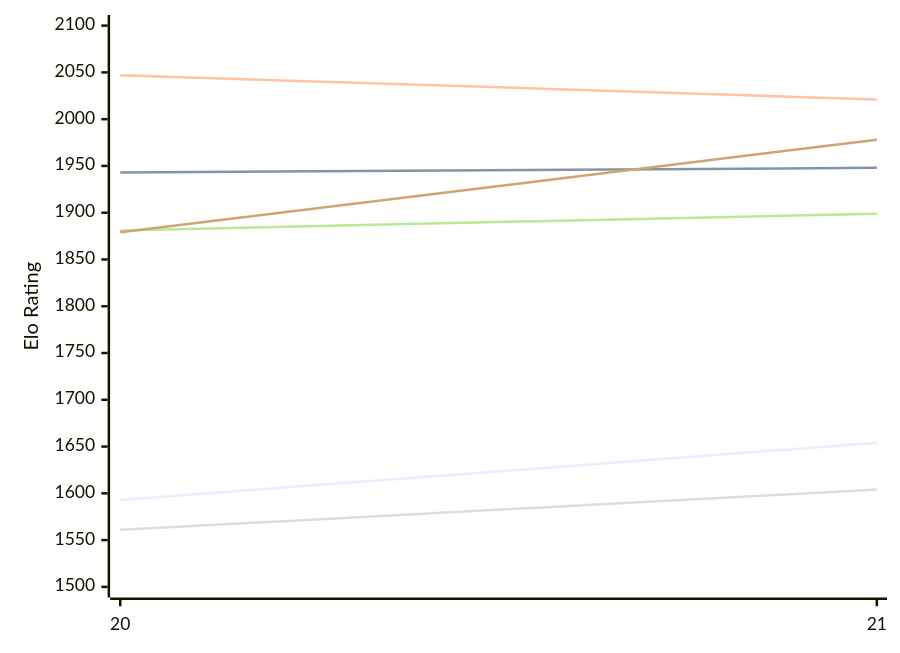
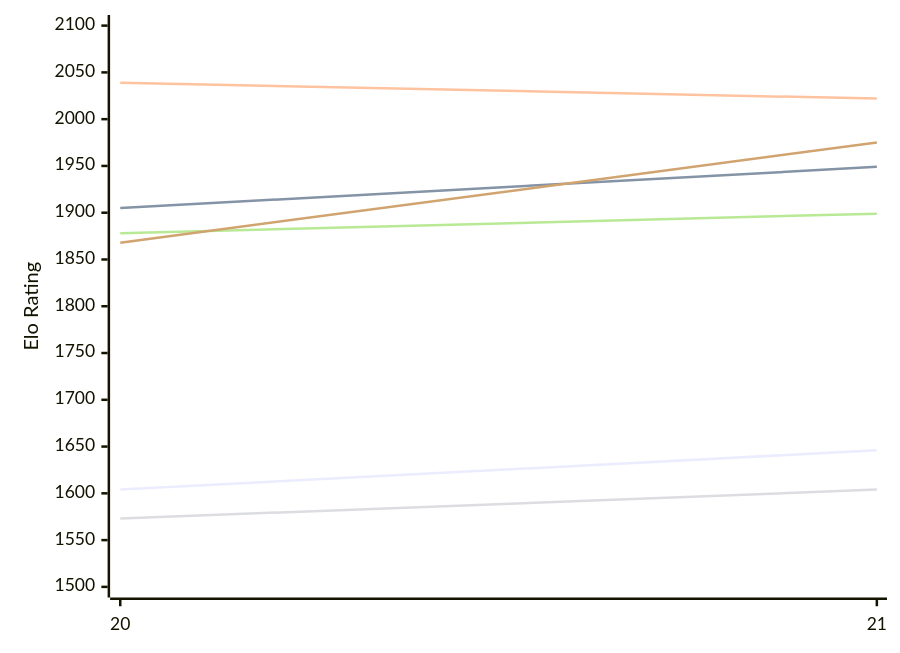
Before and after one commit to computer-chess-index/cci: the first of 2 diagrams in engines/PurplePanda.md, drawn with Mermaid. The commit also changed other lines of this file, not shown here.

Commit message:
Update CCI Ratings (ELO VLTC) - 2026-11-16

````diff
--- a/engines/PurplePanda.md
+++ b/engines/PurplePanda.md
@@ -50,12 +50,12 @@
 ```mermaid
 %%{init: {"theme":"base","themeVariables":{"seriesColors:['#a3a3a3','#222221','#faa371']}}}%%
 xychart-beta
   x-axis ["20", "21"]
   y-axis "Elo Rating" 1500 --> 2100
-  line "E1: STC (8.0+0.08s)" [1593, 1654]
-  line "E1: LTC (60.0+0.60s)" [1943, 1948]
-  line "E1: VLTC (2m24s+1.12s)" [2047, 2021]
-  line "P1: STC (8.0+0.08s)" [1561, 1604]
-  line "P1: LTC (60.0+0.60s)" [1881, 1899]
-  line "P1: VLTC (2m24s+1.12s)" [1879, 1978]
+  line "E1: STC (8.0+0.08s)" [1604, 1646]
+  line "E1: LTC (60.0+0.60s)" [1905, 1949]
+  line "E1: VLTC (2m24s+1.12s)" [2039, 2022]
+  line "P1: STC (8.0+0.08s)" [1573, 1604]
+  line "P1: LTC (60.0+0.60s)" [1878, 1899]
+  line "P1: VLTC (2m24s+1.12s)" [1868, 1975]
 ```
````
